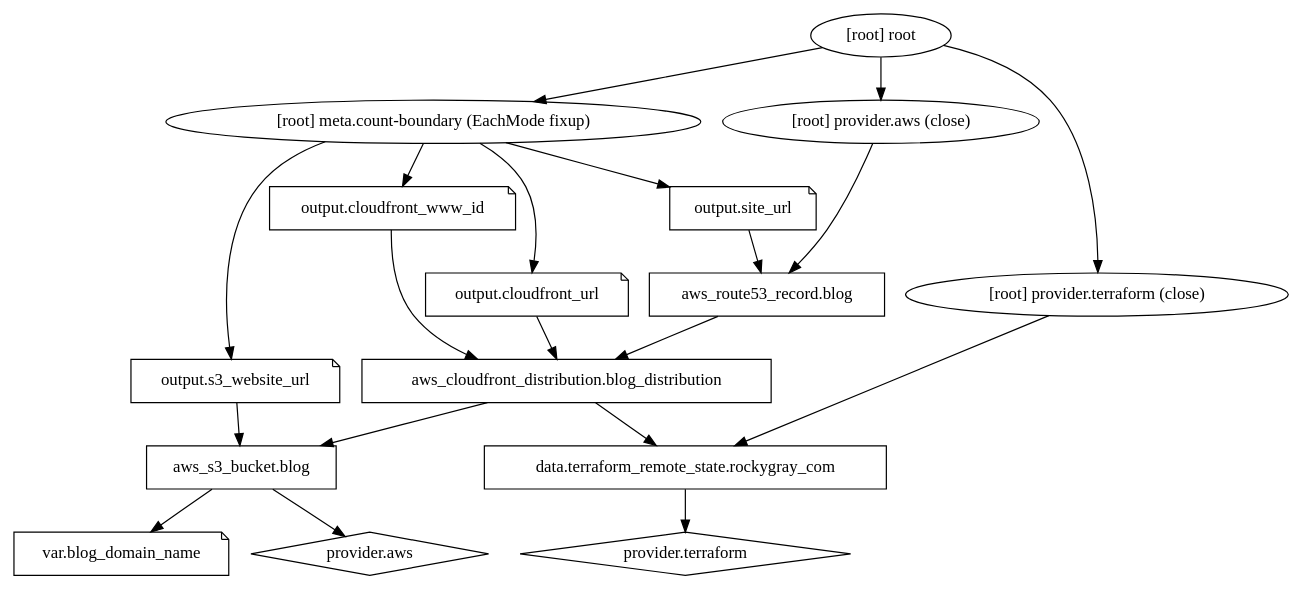
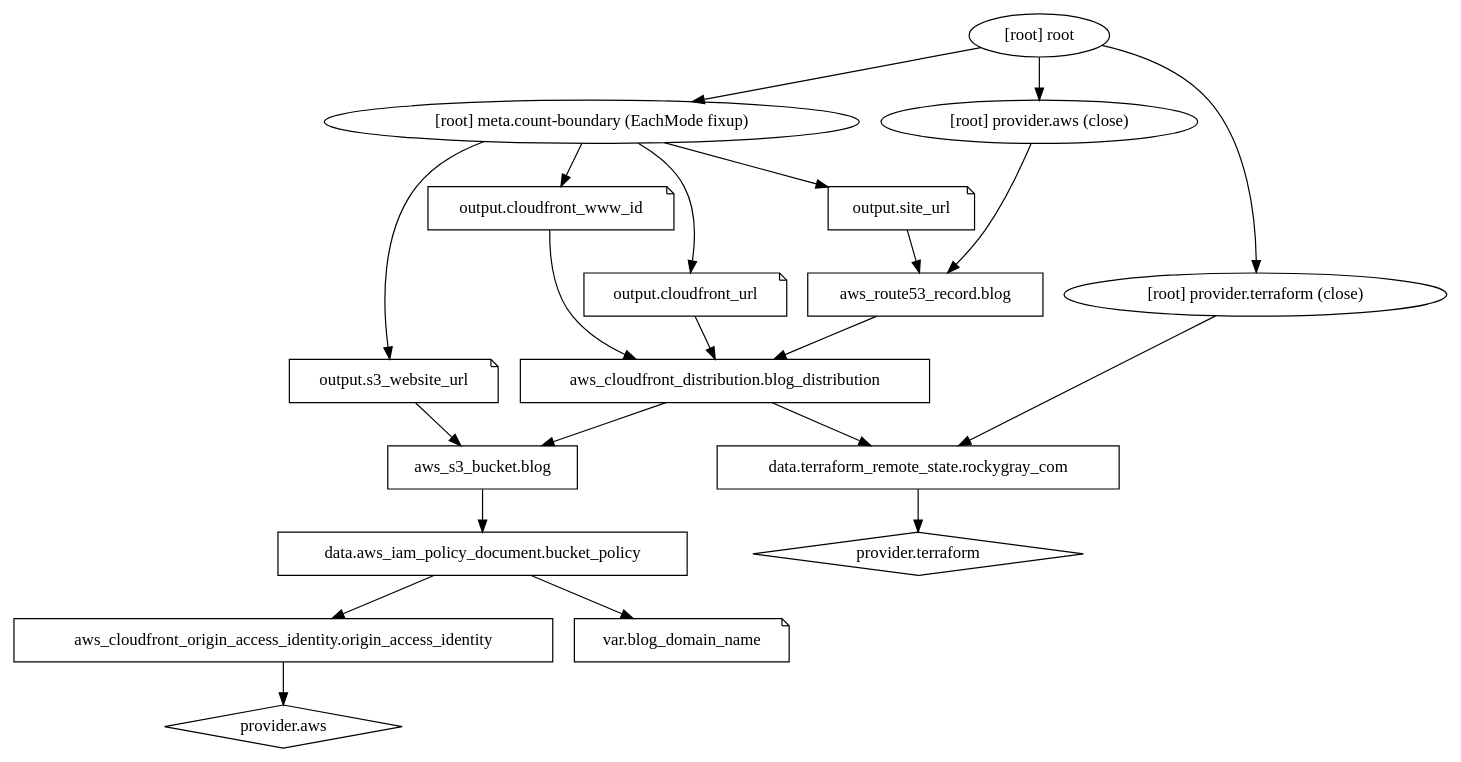
One commit to grocky/infrastructure changed the diagram in websites/blog.rockygray.com/infrastructure/graph.dot. Above: the diagram before and after it, drawn with Graphviz. The commit also changed 3 other files, not shown here.

Commit message:
make S3 bucket private and only accessible via cloudfront

```diff
--- a/websites/blog.rockygray.com/infrastructure/graph.dot
+++ b/websites/blog.rockygray.com/infrastructure/graph.dot
@@ -1,36 +1,40 @@
 digraph {
 	compound = "true"
 	newrank = "true"
 	subgraph "root" {
 		"[root] aws_cloudfront_distribution.blog_distribution" [label = "aws_cloudfront_distribution.blog_distribution", shape = "box"]
+		"[root] aws_cloudfront_origin_access_identity.origin_access_identity" [label = "aws_cloudfront_origin_access_identity.origin_access_identity", shape = "box"]
 		"[root] aws_route53_record.blog" [label = "aws_route53_record.blog", shape = "box"]
 		"[root] aws_s3_bucket.blog" [label = "aws_s3_bucket.blog", shape = "box"]
+		"[root] data.aws_iam_policy_document.bucket_policy" [label = "data.aws_iam_policy_document.bucket_policy", shape = "box"]
 		"[root] data.terraform_remote_state.rockygray_com" [label = "data.terraform_remote_state.rockygray_com", shape = "box"]
 		"[root] output.cloudfront_url" [label = "output.cloudfront_url", shape = "note"]
 		"[root] output.cloudfront_www_id" [label = "output.cloudfront_www_id", shape = "note"]
 		"[root] output.s3_website_url" [label = "output.s3_website_url", shape = "note"]
 		"[root] output.site_url" [label = "output.site_url", shape = "note"]
 		"[root] provider.aws" [label = "provider.aws", shape = "diamond"]
 		"[root] provider.terraform" [label = "provider.terraform", shape = "diamond"]
 		"[root] var.blog_domain_name" [label = "var.blog_domain_name", shape = "note"]
 		"[root] aws_cloudfront_distribution.blog_distribution" -> "[root] aws_s3_bucket.blog"
 		"[root] aws_cloudfront_distribution.blog_distribution" -> "[root] data.terraform_remote_state.rockygray_com"
+		"[root] aws_cloudfront_origin_access_identity.origin_access_identity" -> "[root] provider.aws"
 		"[root] aws_route53_record.blog" -> "[root] aws_cloudfront_distribution.blog_distribution"
-		"[root] aws_s3_bucket.blog" -> "[root] provider.aws"
-		"[root] aws_s3_bucket.blog" -> "[root] var.blog_domain_name"
+		"[root] aws_s3_bucket.blog" -> "[root] data.aws_iam_policy_document.bucket_policy"
+		"[root] data.aws_iam_policy_document.bucket_policy" -> "[root] aws_cloudfront_origin_access_identity.origin_access_identity"
+		"[root] data.aws_iam_policy_document.bucket_policy" -> "[root] var.blog_domain_name"
 		"[root] data.terraform_remote_state.rockygray_com" -> "[root] provider.terraform"
 		"[root] meta.count-boundary (EachMode fixup)" -> "[root] output.cloudfront_url"
 		"[root] meta.count-boundary (EachMode fixup)" -> "[root] output.cloudfront_www_id"
 		"[root] meta.count-boundary (EachMode fixup)" -> "[root] output.s3_website_url"
 		"[root] meta.count-boundary (EachMode fixup)" -> "[root] output.site_url"
 		"[root] output.cloudfront_url" -> "[root] aws_cloudfront_distribution.blog_distribution"
 		"[root] output.cloudfront_www_id" -> "[root] aws_cloudfront_distribution.blog_distribution"
 		"[root] output.s3_website_url" -> "[root] aws_s3_bucket.blog"
 		"[root] output.site_url" -> "[root] aws_route53_record.blog"
 		"[root] provider.aws (close)" -> "[root] aws_route53_record.blog"
 		"[root] provider.terraform (close)" -> "[root] data.terraform_remote_state.rockygray_com"
 		"[root] root" -> "[root] meta.count-boundary (EachMode fixup)"
 		"[root] root" -> "[root] provider.aws (close)"
 		"[root] root" -> "[root] provider.terraform (close)"
 	}
 }
```
